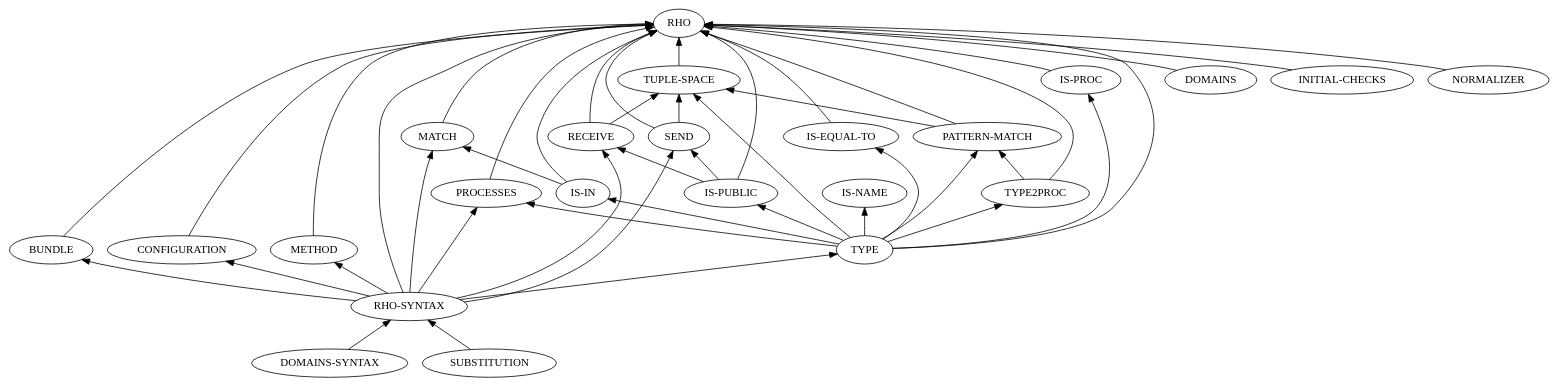
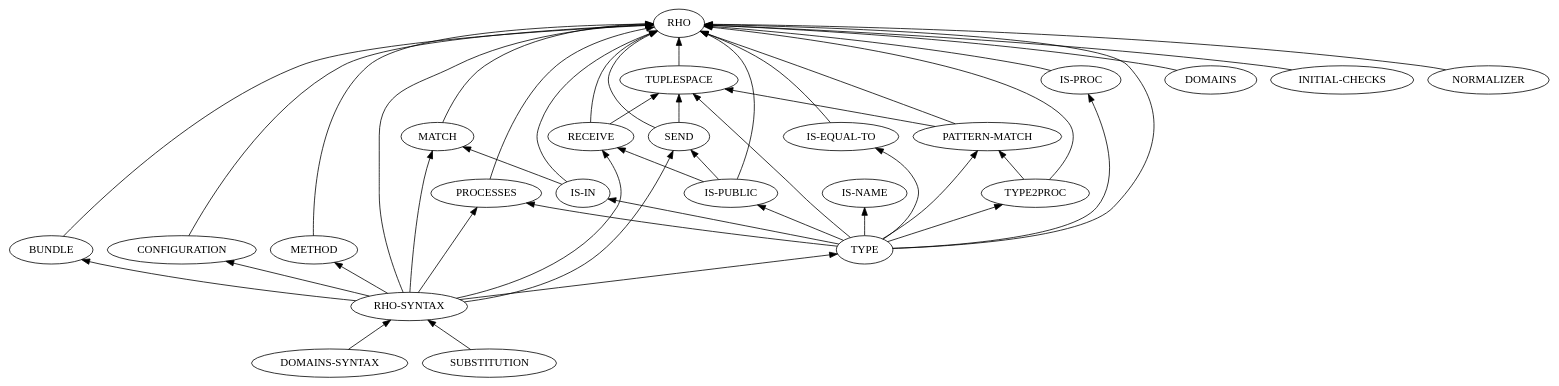
Before and after one commit to dhsorens/rholang: the diagram in Dependencies_RholangInK.dot, drawn with Graphviz. The commit also changed 22 other files, not shown here.

```diff
--- a/Dependencies_RholangInK.dot
+++ b/Dependencies_RholangInK.dot
@@ -1,95 +1,95 @@
 digraph G {
 
     rankdir=BT
 
     bundle  [label="BUNDLE"];
     config  [label="CONFIGURATION"];
     dom     [label="DOMAINS"];
     domsyn  [label="DOMAINS-SYNTAX"];
     initial [label="INITIAL-CHECKS"];
     iseq    [label="IS-EQUAL-TO"];
     isin    [label="IS-IN"];
     isname  [label="IS-NAME"];
     isproc  [label="IS-PROC"];
     ispub   [label="IS-PUBLIC"];
     match   [label="MATCH"];
     meth    [label="METHOD"];
     norm    [label="NORMALIZER"];
     patmat  [label="PATTERN-MATCH"];
     proc    [label="PROCESSES"];
     rec     [label="RECEIVE"];
     rho     [label="RHO"];
     rhosyn  [label="RHO-SYNTAX"];
     send    [label="SEND"];
     sub     [label="SUBSTITUTION"];
-    tupsp   [label="TUPLE-SPACE"];
+    tupsp   [label="TUPLESPACE"];
     type    [label="TYPE"];
     t2p     [label="TYPE2PROC"];
 
     bundle -> rho;
 
     config -> rho;
 
     dom -> rho;
 
     domsyn -> rhosyn;
 
     initial -> rho;
 
     iseq -> rho;
 
     isin -> match;
     isin -> rho;
 
     isproc -> rho;
 
     ispub -> rec;
     ispub -> send;
     ispub -> rho;
 
     match -> rho;
 
     meth -> rho;
 
     norm -> rho;
 
     patmat -> tupsp;
     patmat -> rho;
 
     proc -> rho;
 
     rec -> tupsp;
     rec -> rho;
 
     rhosyn -> bundle;
     rhosyn -> config;
     rhosyn -> match;
     rhosyn -> meth;
     rhosyn -> proc;
     rhosyn -> rec;
     rhosyn -> send;
     rhosyn -> type;
     rhosyn -> rho;
 
     send -> tupsp;
     send -> rho;
 
     sub -> rhosyn;
 
     tupsp -> rho;
 
     type -> iseq;
     type -> isin;
     type -> isname;
     type -> isproc;
     type -> ispub;
     type -> patmat;
     type -> proc;
     type -> tupsp;
     type -> t2p;
     type -> rho;
 
     t2p -> patmat;
     t2p -> rho;
 
 }
```
